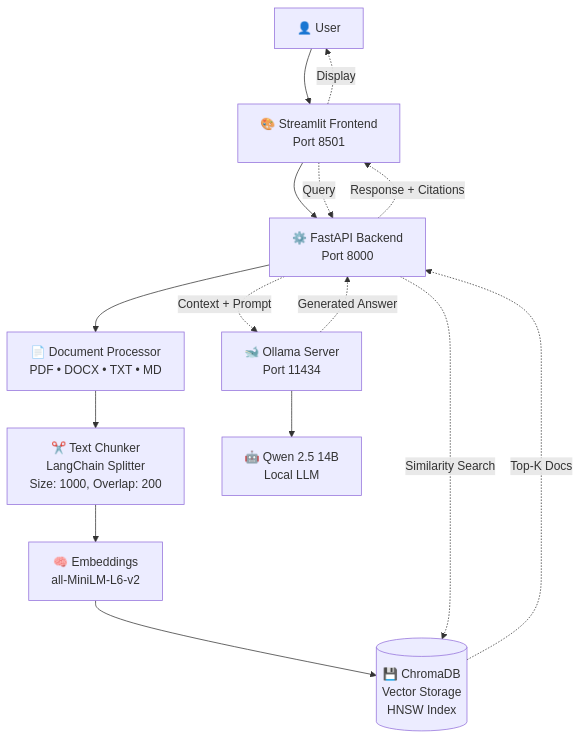
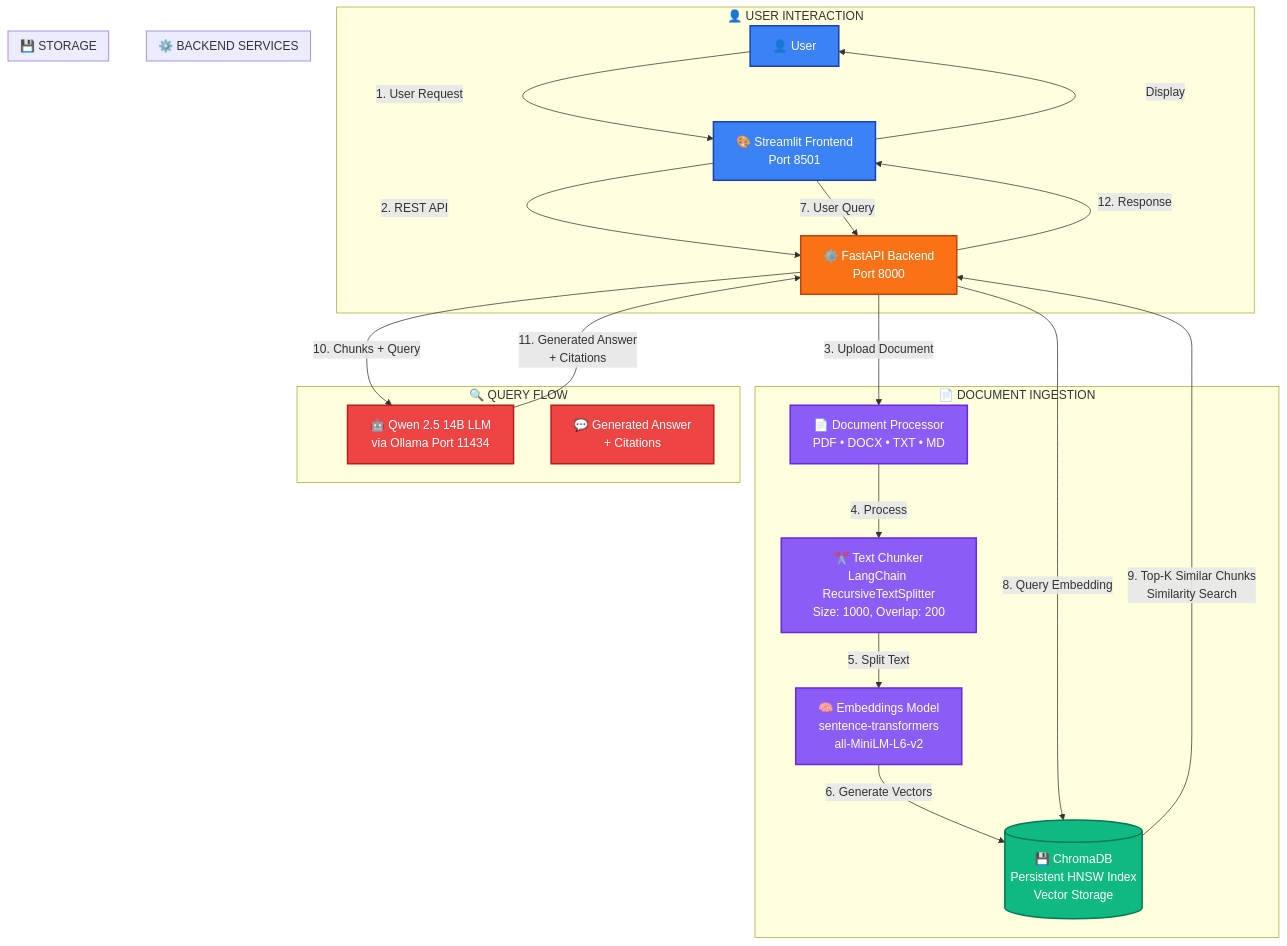
One commit to bambusoe02/rag-chatbot changed the diagram in README.md. Above: the diagram before and after it, drawn with Mermaid. The commit also changed other lines of this file and 5 other files, not shown here.

````diff
--- a/README.md
+++ b/README.md
@@ -30,19 +31,61 @@
 ```mermaid
-flowchart TB
-    User[👤 User] --> Streamlit[🎨 Streamlit Frontend<br/>Port 8501]
-    Streamlit --> FastAPI[⚙️ FastAPI Backend<br/>Port 8000]
+flowchart TD
+    %% User Interaction Layer
+    subgraph UI["👤 USER INTERACTION"]
+        User[👤 User]
+        Frontend[🎨 Streamlit Frontend<br/>Port 8501]
+        User -->|1. User Request| Frontend
+        Frontend -->|2. REST API| Backend
+    end
     
-    FastAPI --> DocProc[📄 Document Processor<br/>PDF • DOCX • TXT • MD]
-    DocProc --> Chunker[✂️ Text Chunker<br/>LangChain Splitter<br/>Size: 1000, Overlap: 200]
-    Chunker --> Embeddings[🧠 Embeddings<br/>all-MiniLM-L6-v2]
-    Embeddings --> ChromaDB[(💾 ChromaDB<br/>Vector Storage<br/>HNSW Index)]
+    %% Backend Layer
+    subgraph BE["⚙️ BACKEND SERVICES"]
+        Backend[⚙️ FastAPI Backend<br/>Port 8000]
+    end
     
-    Streamlit -.->|Query| FastAPI
-    FastAPI -.->|Similarity Search| ChromaDB
-    ChromaDB -.->|Top-K Docs| FastAPI
-    FastAPI -.->|Context + Prompt| Ollama[🐋 Ollama Server<br/>Port 11434]
-    Ollama --> Qwen[🤖 Qwen 2.5 14B<br/>Local LLM]
-    Ollama -.->|Generated Answer| FastAPI
-    FastAPI -.->|Response + Citations| Streamlit
-    Streamlit -.->|Display| User
+    %% Document Ingestion Pipeline
+    subgraph DI["📄 DOCUMENT INGESTION"]
+        DocProc[📄 Document Processor<br/>PDF • DOCX • TXT • MD]
+        Chunker[✂️ Text Chunker<br/>LangChain RecursiveTextSplitter<br/>Size: 1000, Overlap: 200]
+        Embeddings[🧠 Embeddings Model<br/>sentence-transformers<br/>all-MiniLM-L6-v2]
+        
+        Backend -->|3. Upload Document| DocProc
+        DocProc -->|4. Process| Chunker
+        Chunker -->|5. Split Text| Embeddings
+        Embeddings -->|6. Generate Vectors| ChromaDB
+    end
+    
+    %% Storage Layer
+    subgraph ST["💾 STORAGE"]
+        ChromaDB[(💾 ChromaDB<br/>Persistent HNSW Index<br/>Vector Storage)]
+    end
+    
+    %% Query Flow
+    subgraph QF["🔍 QUERY FLOW"]
+        LLM[🤖 Qwen 2.5 14B LLM<br/>via Ollama Port 11434]
+        Answer[💬 Generated Answer<br/>+ Citations]
+        
+        Backend -->|8. Query Embedding| ChromaDB
+        ChromaDB -->|9. Top-K Similar Chunks<br/>Similarity Search| Backend
+        Backend -->|10. Chunks + Query| LLM
+        LLM -->|11. Generated Answer<br/>+ Citations| Backend
+    end
+    
+    %% Query Initiation
+    Frontend -->|7. User Query| Backend
+    Backend -->|12. Response| Frontend
+    Frontend -->|Display| User
+    
+    %% Styling
+    classDef frontend fill:#3b82f6,stroke:#1e40af,stroke-width:2px,color:#fff
+    classDef backend fill:#f97316,stroke:#c2410c,stroke-width:2px,color:#fff
+    classDef storage fill:#10b981,stroke:#047857,stroke-width:2px,color:#fff
+    classDef llm fill:#ef4444,stroke:#b91c1c,stroke-width:2px,color:#fff
+    classDef process fill:#8b5cf6,stroke:#6d28d9,stroke-width:2px,color:#fff
+    
+    class Frontend,User frontend
+    class Backend backend
+    class ChromaDB storage
+    class LLM,Answer llm
+    class DocProc,Chunker,Embeddings process
 ```
````
